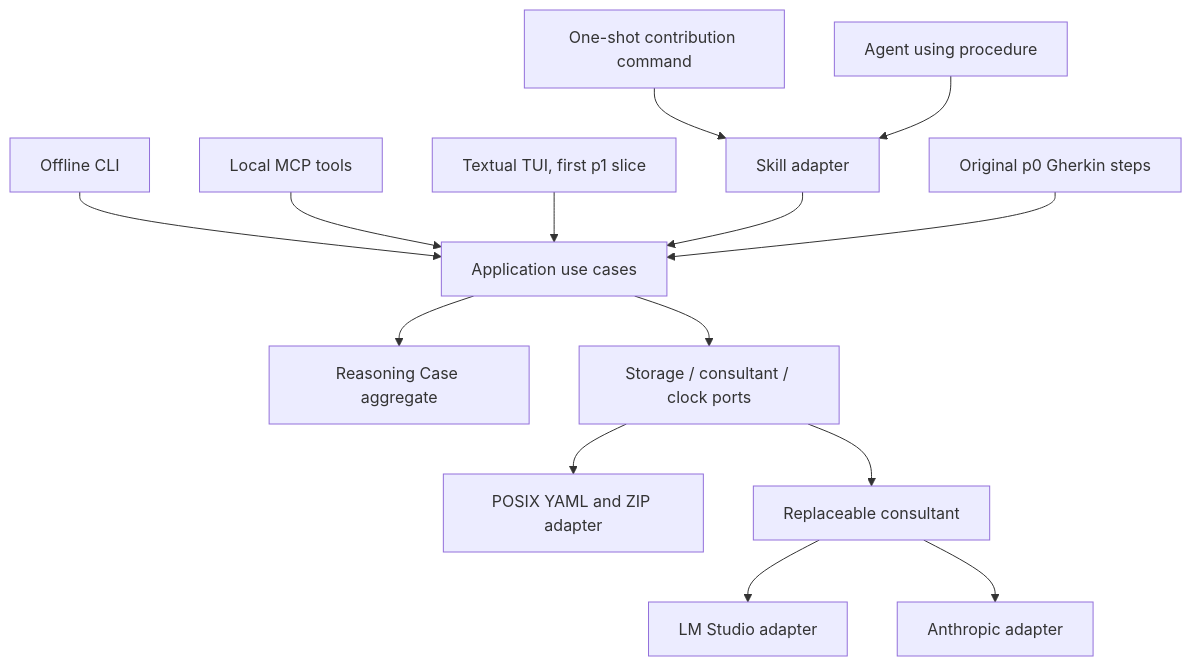
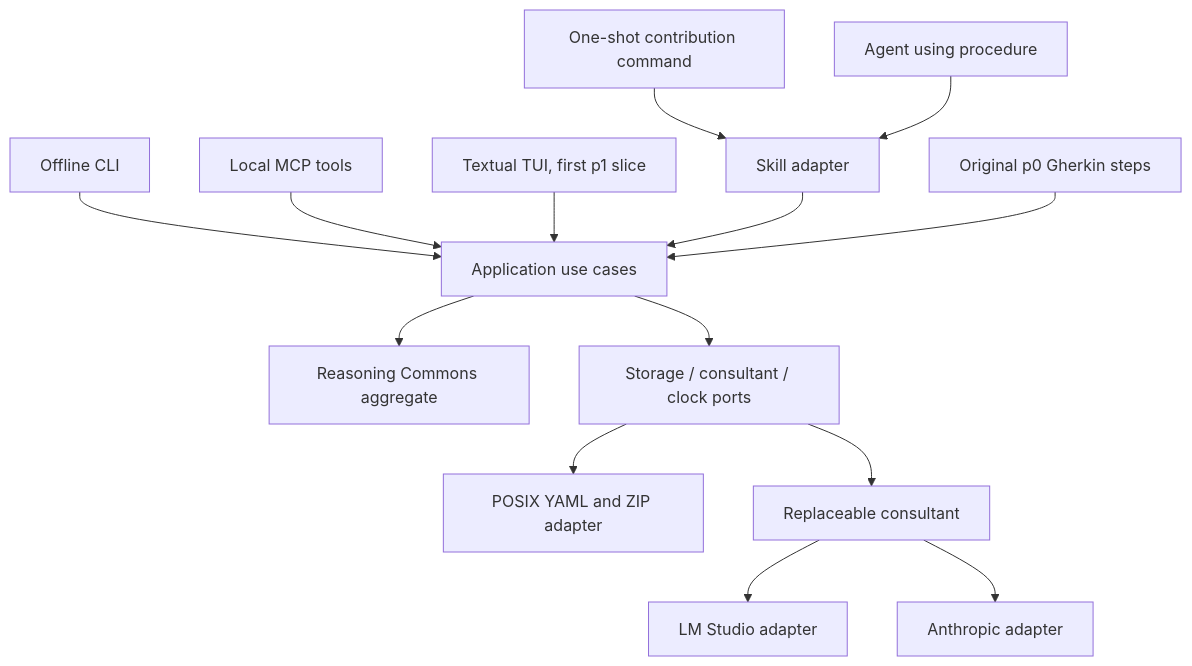
Before and after one commit to life-itself/reason-commons-tui: the diagram in ARCHITECTURE.md, drawn with Mermaid. The commit also changed other lines of this file and 215 other files, not shown here.

````diff
--- a/ARCHITECTURE.md
+++ b/ARCHITECTURE.md
@@ -11,16 +11,16 @@
 ```mermaid
 flowchart TD
   CLI[Offline CLI] --> App[Application use cases]
   Invocation[One-shot contribution command] --> Skill
   MCP[Local MCP tools] --> App
   TUI[Textual TUI, first p1 slice] --> App
   Agent[Agent using procedure] --> Skill[Skill adapter]
   Skill --> App
   BDD[Original p0 Gherkin steps] --> App
-  App --> Domain[Reasoning Case aggregate]
+  App --> Domain[Reasoning Commons aggregate]
   App --> Ports[Storage / consultant / clock ports]
   Ports --> FS[POSIX YAML and ZIP adapter]
   Ports --> Provider[Replaceable consultant]
   Provider --> LMS[LM Studio adapter]
   Provider --> Anth[Anthropic adapter]
 ```
````
